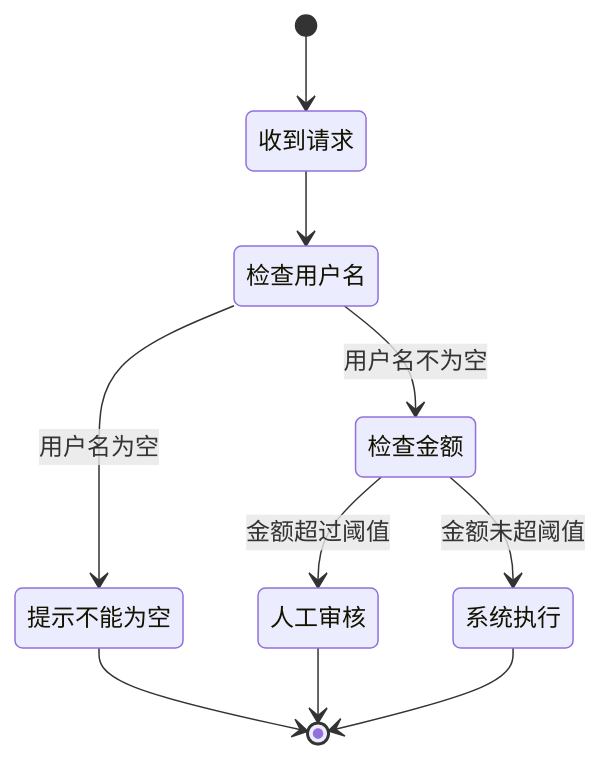
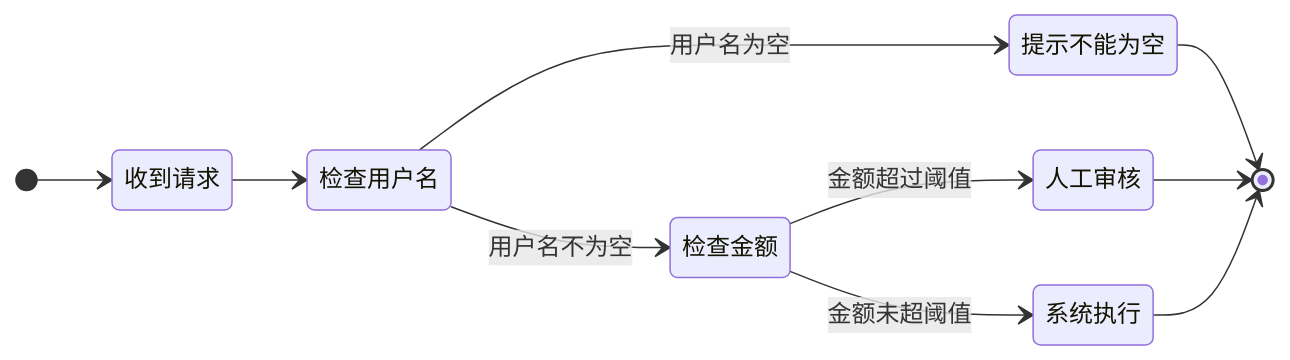
Before and after one commit to Unclecheng-li/Hello-AI: the first of 4 diagrams in docs/basics/what-is-ai.md, drawn with Mermaid. The commit also changed other lines of this file and 1 other file, not shown here.

````diff
--- a/docs/basics/what-is-ai.md
+++ b/docs/basics/what-is-ai.md
@@ -51,14 +78,16 @@
 ```mermaid
 stateDiagram-v2
+	direction LR
+	
     [*] --> 收到请求
     收到请求 --> 检查用户名
     检查用户名 --> 提示不能为空: 用户名为空
     检查用户名 --> 检查金额: 用户名不为空
 
     检查金额 --> 人工审核: 金额超过阈值
     检查金额 --> 系统执行: 金额未超阈值
 
     提示不能为空 --> [*]
     人工审核 --> [*]
     系统执行 --> [*]
 ```
````
